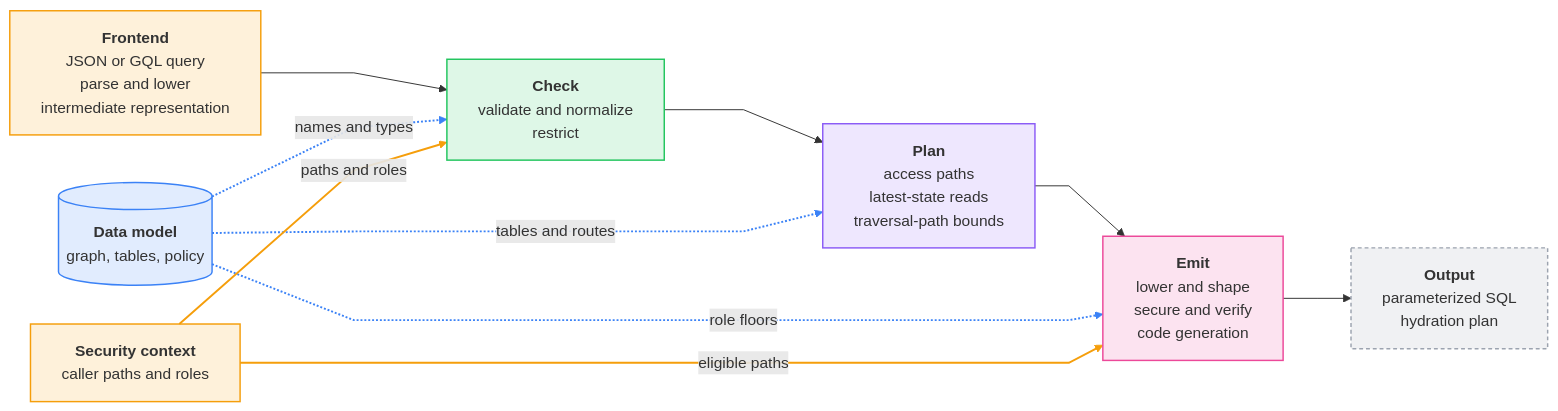
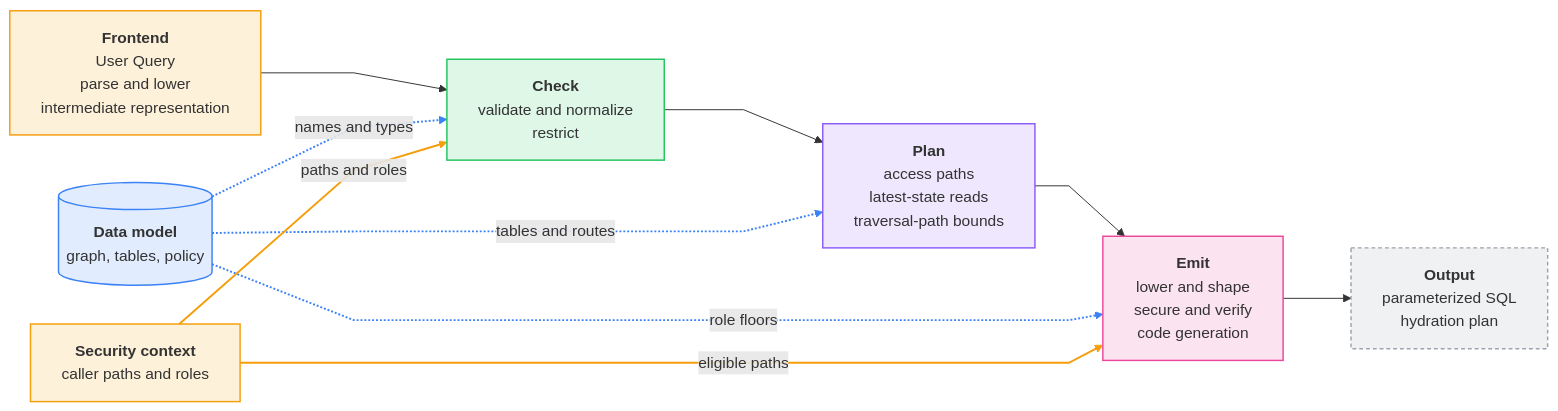
Before and after one commit to gitlabhq/orbit-knowledge-graph: the second of 10 diagrams in docs/pages/engineering/architecture/query-engine.md, drawn with Mermaid. The commit also changed other lines of this file and 6 other files, not shown here.

Commit message:
docs(architecture): drop the query languages page and frame the engine as language and backend agnostic

````diff
--- a/docs/pages/engineering/architecture/query-engine.md
+++ b/docs/pages/engineering/architecture/query-engine.md
@@ -83,39 +84,39 @@
 ```mermaid
 %%{init: {"flowchart": {"curve": "linear", "nodeSpacing": 40, "rankSpacing": 70, "padding": 16}}}%%
 flowchart LR
     accTitle: How the Orbit Query Engine compiles a query
-    accDescr: A JSON or GQL query passes through four stages. The frontend parses and lowers it into the intermediate representation. Check validates, normalizes, and restricts it. Plan picks access paths, latest-state reads, and traversal-path bounds. Emit lowers, secures, verifies, and renders it as parameterized SQL with a hydration plan. The data model feeds check, plan, and emit, and the security context feeds check and emit.
+    accDescr: A user query passes through four stages. The frontend parses and lowers it into the intermediate representation. Check validates, normalizes, and restricts it. Plan picks access paths, latest-state reads, and traversal-path bounds. Emit lowers, secures, verifies, and renders it as parameterized SQL with a hydration plan. The data model feeds check, plan, and emit, and the security context feeds check and emit.
 
     model[("<b>Data model</b><br/>graph, tables, policy")]
-    front["<b>Frontend</b><br/>JSON or GQL query<br/>parse and lower<br/>intermediate representation"]
+    front["<b>Frontend</b><br/>User Query<br/>parse and lower<br/>intermediate representation"]
     context["<b>Security context</b><br/>caller paths and roles"]
     check["<b>Check</b><br/>validate and normalize<br/>restrict"]
     plan["<b>Plan</b><br/>access paths<br/>latest-state reads<br/>traversal-path bounds"]
     emit["<b>Emit</b><br/>lower and shape<br/>secure and verify<br/>code generation"]
     sql["<b>Output</b><br/>parameterized SQL<br/>hydration plan"]
 
     front --> check --> plan --> emit --> sql
 
     model -. "names and types" .-> check
     model -. "tables and routes" .-> plan
     model -. "role floors" .-> emit
     context -- "paths and roles" --> check
     context -- "eligible paths" --> emit
 
     classDef data fill:#3B82F626,stroke:#3B82F6,stroke-width:1.5px
     classDef input fill:#F59E0B26,stroke:#F59E0B,stroke-width:1.5px
     classDef checking fill:#22C55E26,stroke:#22C55E,stroke-width:1.5px
     classDef planner fill:#8B5CF626,stroke:#8B5CF6,stroke-width:1.5px
     classDef emitter fill:#EC489926,stroke:#EC4899,stroke-width:1.5px
     classDef output fill:#9CA3AF26,stroke:#9CA3AF,stroke-width:1.5px,stroke-dasharray:4 3
 
     class model data
     class front,context input
     class check checking
     class plan planner
     class emit emitter
     class sql output
 
     linkStyle 4,5,6 stroke:#3B82F6,stroke-width:2px
     linkStyle 7,8 stroke:#F59E0B,stroke-width:2px
 ```
````
